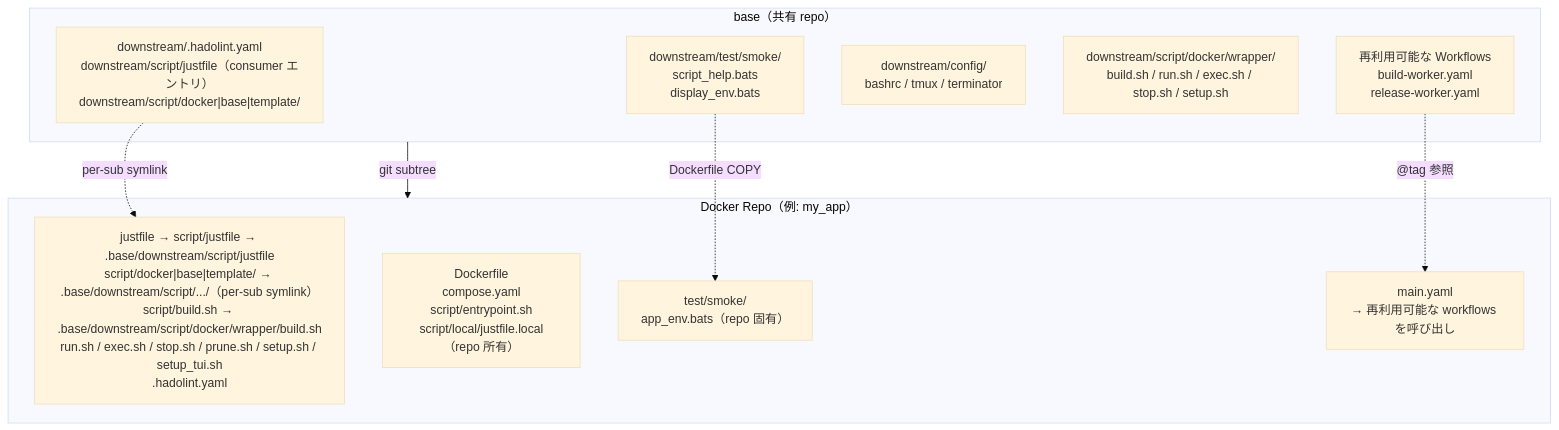
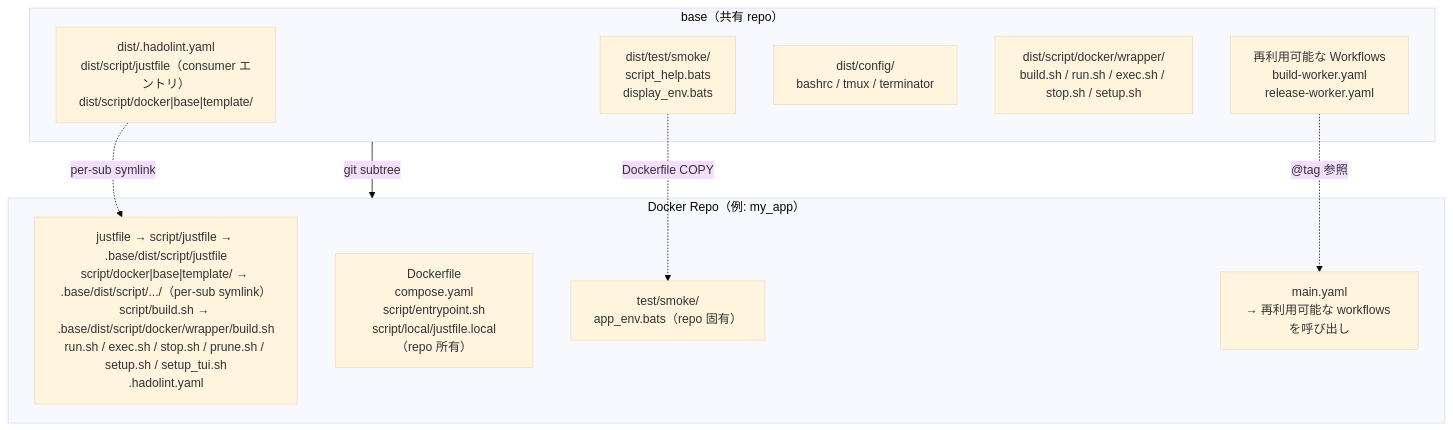
One commit to ycpss91255-docker/base changed the first of 2 diagrams in doc/readme/README.ja.md. Above: the diagram before and after it, drawn with Mermaid (base theme). The commit also changed other lines of this file and 137 other files, not shown here.

First line of the commit message:
refactor: rename downstream/ -> dist/ + lock domain glossary (closes #714) (#715)

````diff
--- a/doc/readme/README.ja.md
+++ b/doc/readme/README.ja.md
@@ -81,22 +81,22 @@
 ```mermaid
 graph TB
     subgraph base["base（共有 repo）"]
-        scripts["downstream/.hadolint.yaml<br/>downstream/script/justfile（consumer エントリ）<br/>downstream/script/docker|base|template/"]
-        smoke["downstream/test/smoke/<br/>script_help.bats<br/>display_env.bats"]
-        config["downstream/config/<br/>bashrc / tmux / terminator"]
-        mgmt["downstream/script/docker/wrapper/<br/>build.sh / run.sh / exec.sh / stop.sh / setup.sh"]
+        scripts["dist/.hadolint.yaml<br/>dist/script/justfile（consumer エントリ）<br/>dist/script/docker|base|template/"]
+        smoke["dist/test/smoke/<br/>script_help.bats<br/>display_env.bats"]
+        config["dist/config/<br/>bashrc / tmux / terminator"]
+        mgmt["dist/script/docker/wrapper/<br/>build.sh / run.sh / exec.sh / stop.sh / setup.sh"]
         workflows["再利用可能な Workflows<br/>build-worker.yaml<br/>release-worker.yaml"]
     end
 
     subgraph consumer["Docker Repo（例: my_app）"]
-        symlinks["justfile → script/justfile → .base/downstream/script/justfile<br/>script/docker|base|template/ → .base/downstream/script/.../（per-sub symlink）<br/>script/build.sh → .base/downstream/script/docker/wrapper/build.sh<br/>run.sh / exec.sh / stop.sh / prune.sh / setup.sh / setup_tui.sh<br/>.hadolint.yaml"]
+        symlinks["justfile → script/justfile → .base/dist/script/justfile<br/>script/docker|base|template/ → .base/dist/script/.../（per-sub symlink）<br/>script/build.sh → .base/dist/script/docker/wrapper/build.sh<br/>run.sh / exec.sh / stop.sh / prune.sh / setup.sh / setup_tui.sh<br/>.hadolint.yaml"]
         dockerfile["Dockerfile<br/>compose.yaml<br/>script/entrypoint.sh<br/>script/local/justfile.local（repo 所有）"]
         repo_test["test/smoke/<br/>app_env.bats（repo 固有）"]
         main_yaml["main.yaml<br/>→ 再利用可能な workflows を呼び出し"]
     end
 
     base -- "git subtree" --> consumer
     scripts -. "per-sub symlink" .-> symlinks
     smoke -. "Dockerfile COPY" .-> repo_test
     workflows -. "@tag 参照" .-> main_yaml
 ```
````
